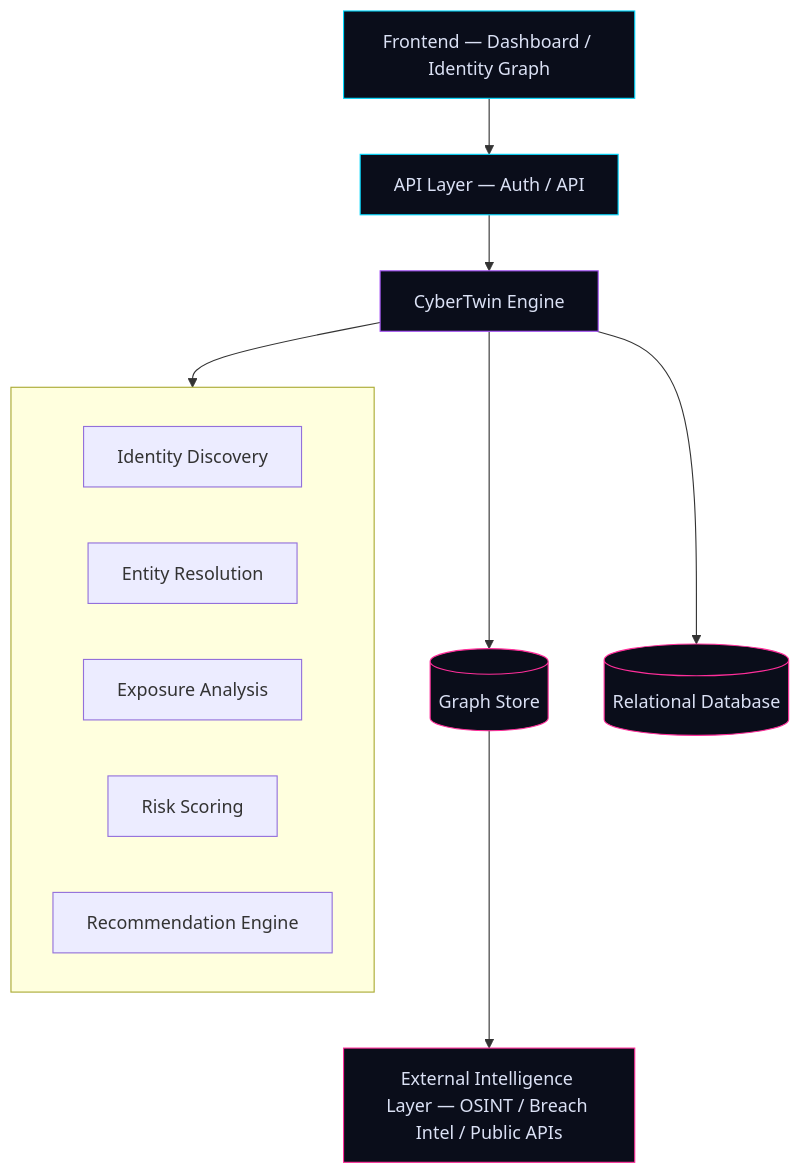
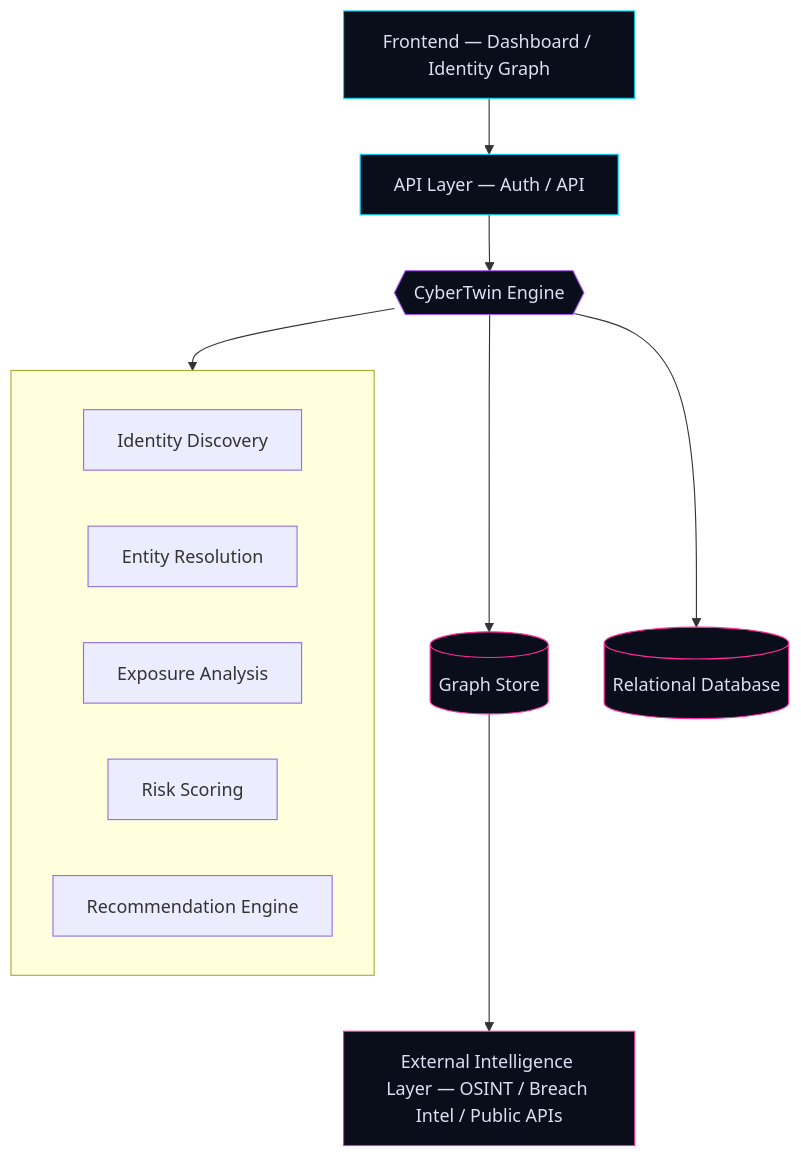
The fourth of 4 diagrams in README.md (srivastavaprisha29-ops/CyberTwin), drawn with Mermaid before and after one commit. The commit also changed other lines of this file, not shown here.

````diff
--- a/README.md
+++ b/README.md
@@ -136,25 +154,25 @@
 ```mermaid
 flowchart TD
     FE["Frontend — Dashboard / Identity Graph"] --> API["API Layer — Auth / API"]
-    API --> ENGINE["CyberTwin Engine"]
+    API --> ENGINE{{CyberTwin Engine}}
 
     subgraph ENGINE_DETAIL[" "]
         E1[Identity Discovery]
         E2[Entity Resolution]
         E3[Exposure Analysis]
         E4[Risk Scoring]
         E5[Recommendation Engine]
     end
 
     ENGINE --> ENGINE_DETAIL
     ENGINE --> GRAPH[(Graph Store)]
     ENGINE --> REL[(Relational Database)]
     GRAPH --> EXT["External Intelligence Layer — OSINT / Breach Intel / Public APIs"]
 
     style FE fill:#0a0d1a,stroke:#00d9ff,color:#dbe1f5
     style API fill:#0a0d1a,stroke:#00d9ff,color:#dbe1f5
     style ENGINE fill:#0a0d1a,stroke:#a855f7,color:#dbe1f5
     style GRAPH fill:#0a0d1a,stroke:#ff2e9a,color:#dbe1f5
     style REL fill:#0a0d1a,stroke:#ff2e9a,color:#dbe1f5
     style EXT fill:#0a0d1a,stroke:#ff2e9a,color:#dbe1f5
 ```
````
